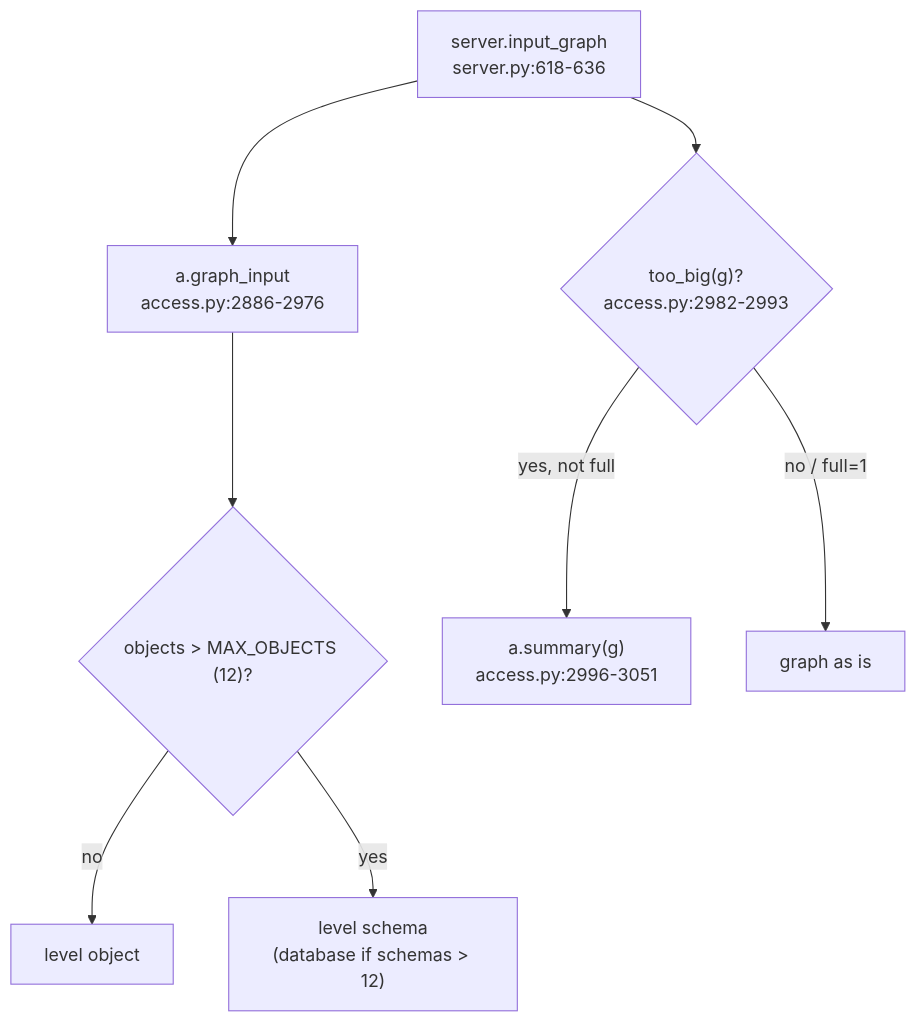
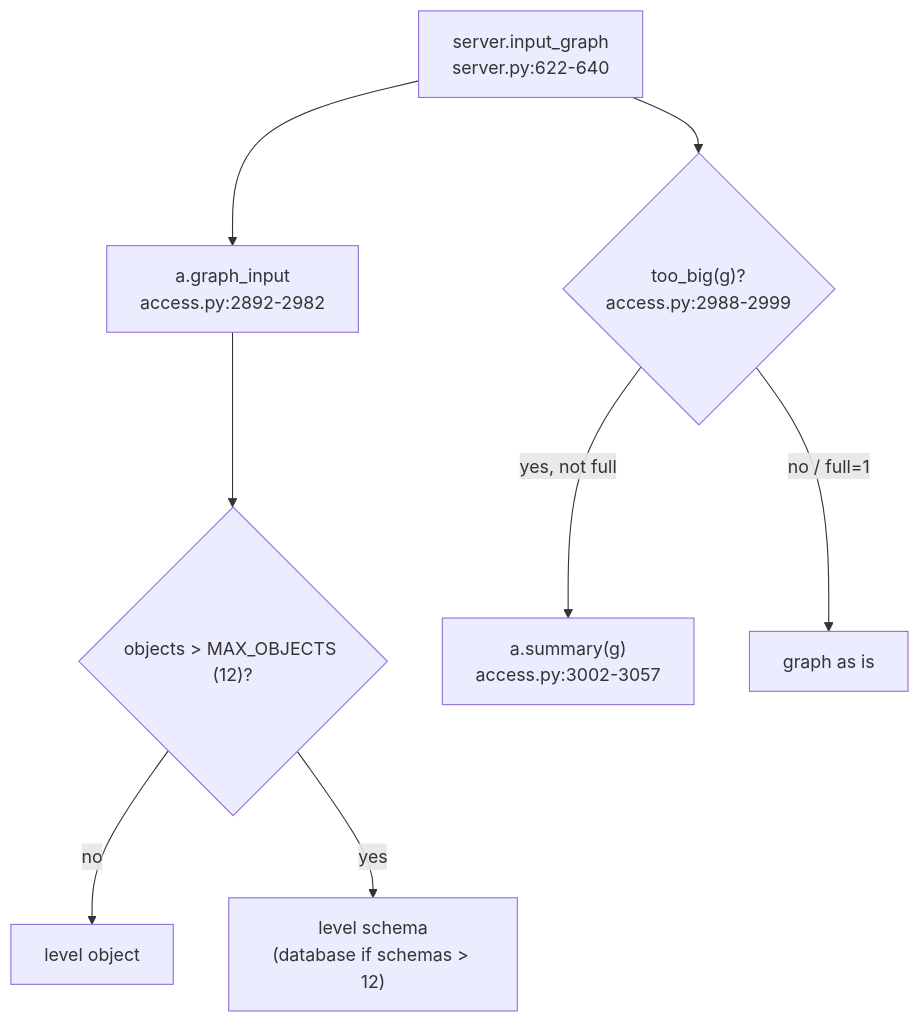
The diagram in snowflake-access-explorer-knowledge-graph/logic/graph-input.md (darshanmeel/snowflake-access-explorer), drawn with Mermaid before and after one commit. The commit also changed other lines of this file and 147 other files, not shown here.

````diff
--- a/snowflake-access-explorer-knowledge-graph/logic/graph-input.md
+++ b/snowflake-access-explorer-knowledge-graph/logic/graph-input.md
@@ -5,10 +5,10 @@
 ```mermaid
 flowchart TD
-  IG["server.input_graph<br/>server.py:618-636"] --> GI["a.graph_input<br/>access.py:2886-2976"]
+  IG["server.input_graph<br/>server.py:622-640"] --> GI["a.graph_input<br/>access.py:2892-2982"]
   GI --> LV{"objects > MAX_OBJECTS (12)?"}
   LV -- no --> OBJ[level object]
   LV -- yes --> SC["level schema<br/>(database if schemas > 12)"]
-  IG --> TB{"too_big(g)?<br/>access.py:2982-2993"}
-  TB -- "yes, not full" --> SU["a.summary(g)<br/>access.py:2996-3051"]
+  IG --> TB{"too_big(g)?<br/>access.py:2988-2999"}
+  TB -- "yes, not full" --> SU["a.summary(g)<br/>access.py:3002-3057"]
   TB -- "no / full=1" --> RAW[graph as is]
 ```
````
